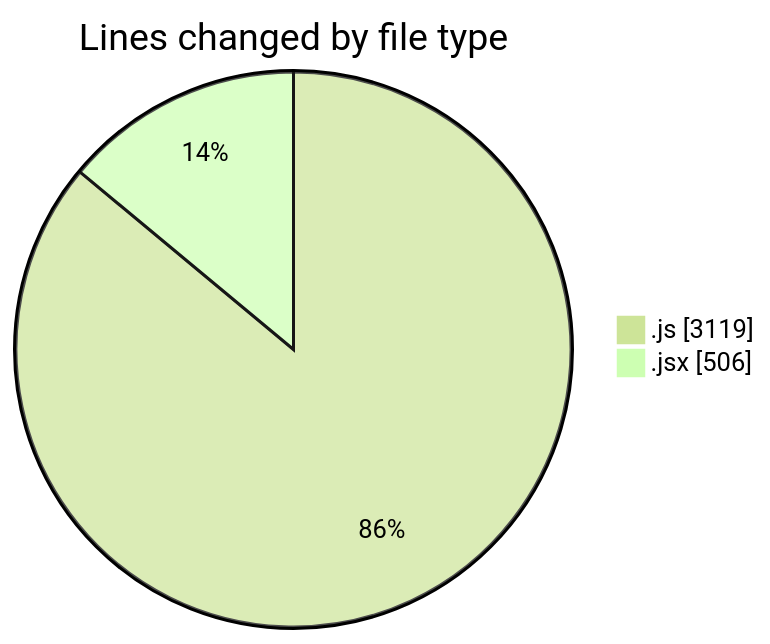
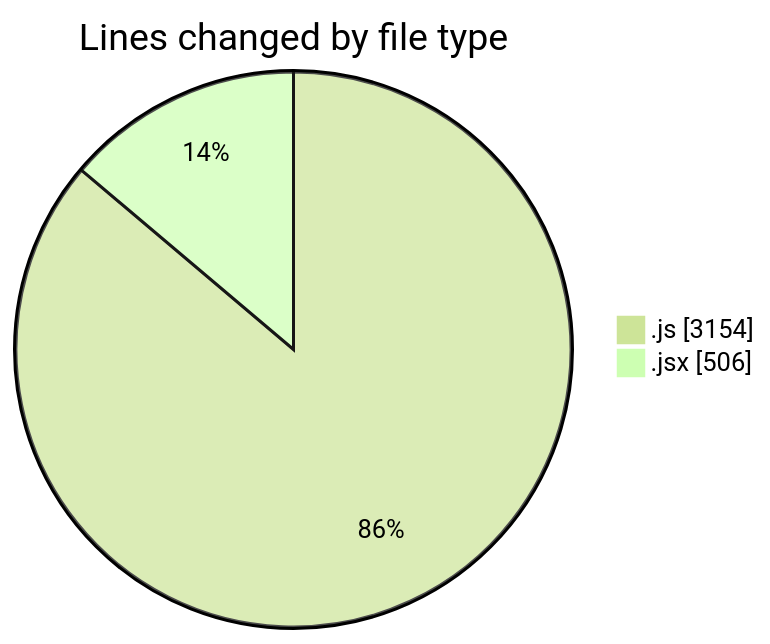
The first of 2 diagrams in 2025-07-27/nxtqube_webapp/README.md (nxtqubesakshisongat/code-tracking), drawn with Mermaid (forest theme) before and after one commit. The commit also changed other lines of this file and 1 other file, not shown here.

````diff
--- a/2025-07-27/nxtqube_webapp/README.md
+++ b/2025-07-27/nxtqube_webapp/README.md
@@ -27,6 +27,6 @@
 ```mermaid
 pie showData
 title Lines changed by file type
-".js" : 3119
+".js" : 3154
 ".jsx" : 506
 ```
````
